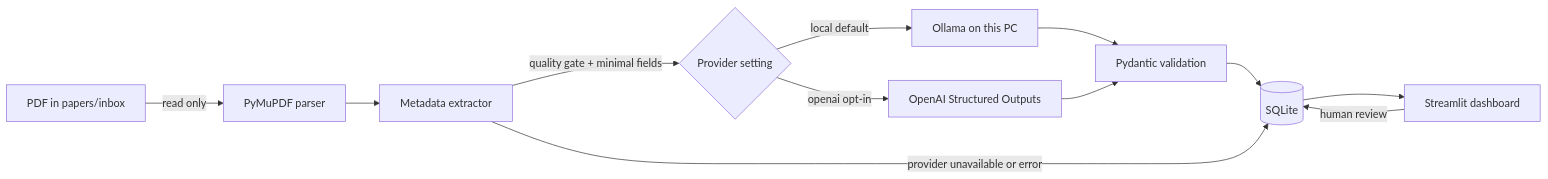
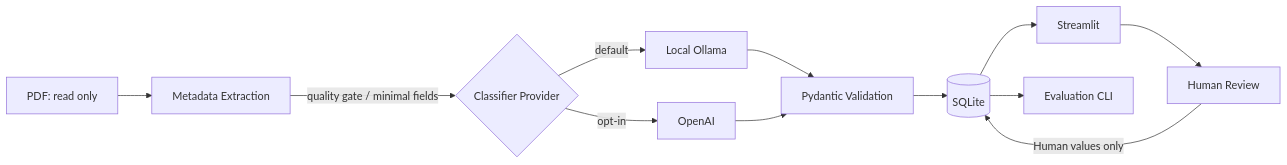
One commit to ryouta-gidou-sec/SecPaper-Atlas changed the diagram in README.md. Above: the diagram before and after it, drawn with Mermaid. The commit also changed other lines of this file and 8 other files, not shown here.

````diff
--- a/README.md
+++ b/README.md
@@ -35,14 +24,14 @@
 ```mermaid
 flowchart LR
-    A[PDF in papers/inbox] -->|read only| B[PyMuPDF parser]
-    B --> C[Metadata extractor]
-    C -->|quality gate + minimal fields| P{Provider setting}
-    P -->|local default| L[Ollama on this PC]
-    P -->|openai opt-in| D[OpenAI Structured Outputs]
-    L --> E[Pydantic validation]
-    D --> E[Pydantic validation]
-    E --> F[(SQLite)]
-    C -->|provider unavailable or error| F
-    F --> G[Streamlit dashboard]
-    G -->|human review| F
+    A[PDF: read only] --> B[Metadata Extraction]
+    B -->|quality gate / minimal fields| C{Classifier Provider}
+    C -->|default| D[Local Ollama]
+    C -->|opt-in| E[OpenAI]
+    D --> F[Pydantic Validation]
+    E --> F
+    F --> G[(SQLite)]
+    G --> H[Streamlit]
+    H --> I[Human Review]
+    I -->|Human values only| G
+    G --> J[Evaluation CLI]
 ```
````
